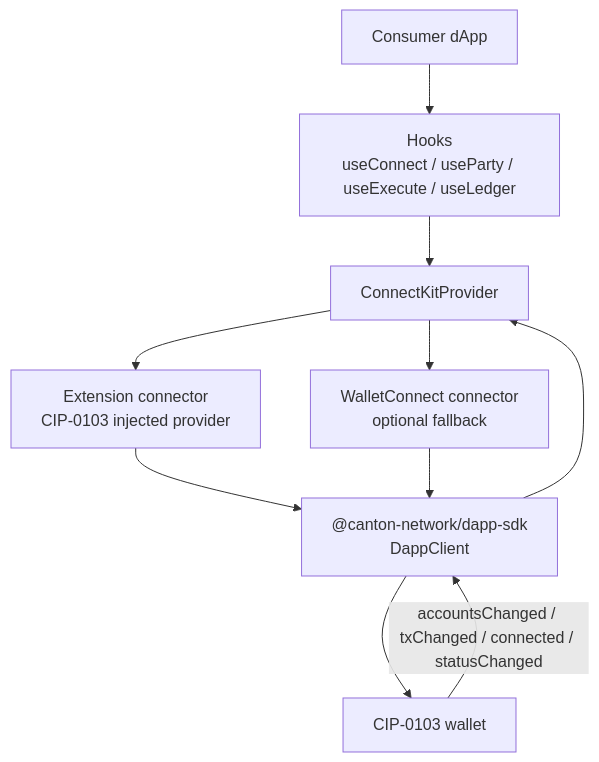
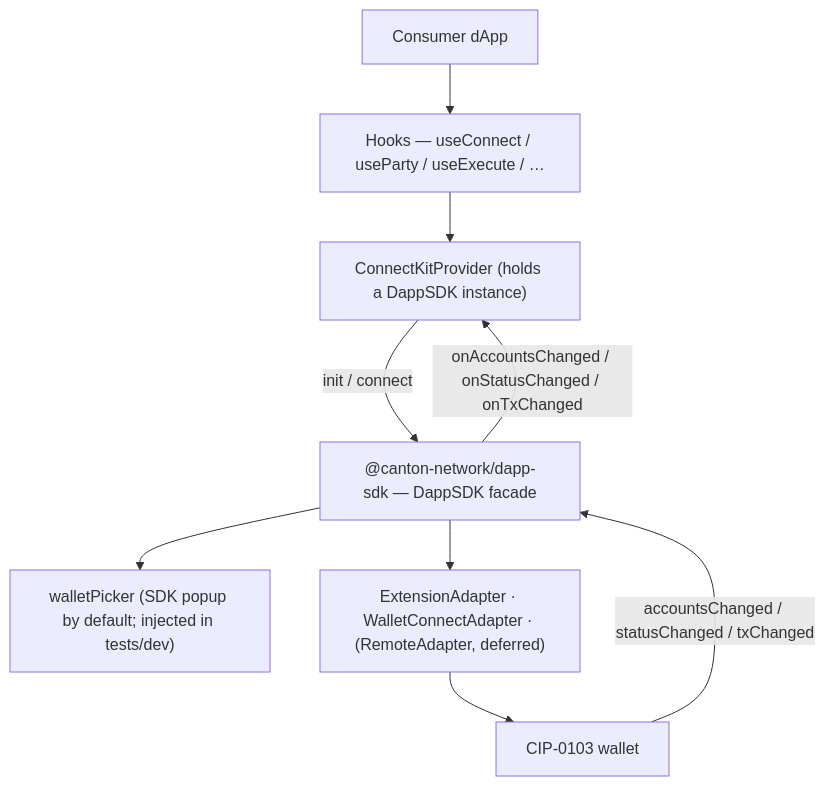
One commit to BootNodeDev/canton-dappbooster changed the diagram in canton-connect/architecture.md. Above: the diagram before and after it, drawn with Mermaid. The commit also changed other lines of this file and 14 other files, not shown here.

````diff
--- a/canton-connect/architecture.md
+++ b/canton-connect/architecture.md
@@ -28,20 +35,19 @@
 ```mermaid
 flowchart TD
   app["Consumer dApp"]
-  hooks["Hooks<br/>useConnect / useParty / useExecute / useLedger"]
-  provider["ConnectKitProvider"]
-  extension["Extension connector<br/>CIP-0103 injected provider"]
-  wc["WalletConnect connector<br/>optional fallback"]
-  client["@canton-network/dapp-sdk<br/>DappClient"]
+  hooks["Hooks — useConnect / useParty / useExecute / …"]
+  provider["ConnectKitProvider (holds a DappSDK instance)"]
+  sdk["@canton-network/dapp-sdk — DappSDK facade"]
+  picker["walletPicker (SDK popup by default; injected in tests/dev)"]
+  adapters["ExtensionAdapter · WalletConnectAdapter · (RemoteAdapter, deferred)"]
   wallet["CIP-0103 wallet"]
 
   app --> hooks
   hooks --> provider
-  provider --> extension
-  provider --> wc
-  extension --> client
-  wc --> client
-  client --> wallet
-  wallet -->|"accountsChanged / txChanged / connected / statusChanged"| client
-  client --> provider
+  provider -->|init / connect| sdk
+  sdk --> picker
+  sdk --> adapters
+  adapters --> wallet
+  wallet -->|accountsChanged / statusChanged / txChanged| sdk
+  sdk -->|onAccountsChanged / onStatusChanged / onTxChanged| provider
 ```
````
